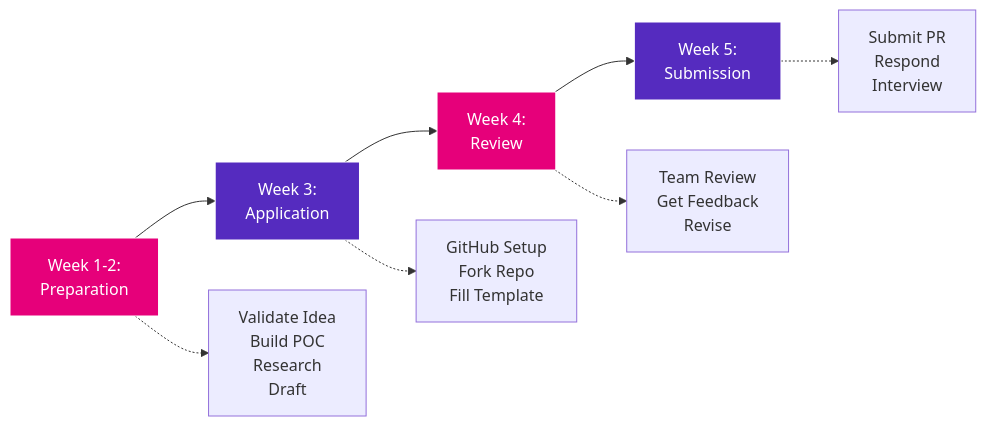
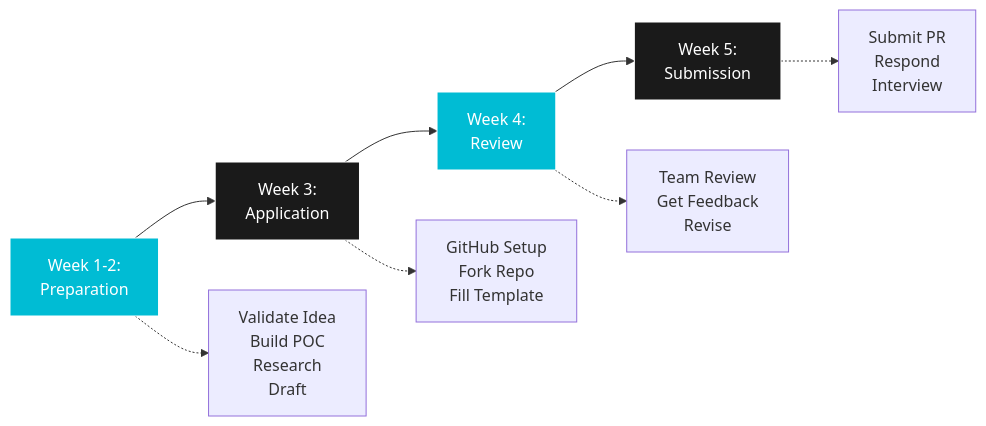
Before and after one commit to openguild-labs/polkadot-codecamp: diagram 13 of 17 in slides/polkadot-grant-ecosystem.md, drawn with Mermaid. The commit also changed other lines of this file and 6 other files, not shown here.

````diff
--- a/slides/polkadot-grant-ecosystem.md
+++ b/slides/polkadot-grant-ecosystem.md
@@ -1691,16 +1691,16 @@
 ```mermaid
 graph LR
     W1[Week 1-2:<br/>Preparation] --> W3[Week 3:<br/>Application]
     W3 --> W4[Week 4:<br/>Review]
     W4 --> W5[Week 5:<br/>Submission]
 
     W1 -.-> W1A[Validate Idea<br/>Build POC<br/>Research<br/>Draft]
     W3 -.-> W3A[GitHub Setup<br/>Fork Repo<br/>Fill Template]
     W4 -.-> W4A[Team Review<br/>Get Feedback<br/>Revise]
     W5 -.-> W5A[Submit PR<br/>Respond<br/>Interview]
 
-    style W1 fill:#E6007A,stroke:#fff,color:#fff
-    style W3 fill:#552BBF,stroke:#fff,color:#fff
-    style W4 fill:#E6007A,stroke:#fff,color:#fff
-    style W5 fill:#552BBF,stroke:#fff,color:#fff
+    style W1 fill:#00BCD4,stroke:#fff,color:#fff
+    style W3 fill:#1a1a1a,stroke:#fff,color:#fff
+    style W4 fill:#00BCD4,stroke:#fff,color:#fff
+    style W5 fill:#1a1a1a,stroke:#fff,color:#fff
 ```
````
